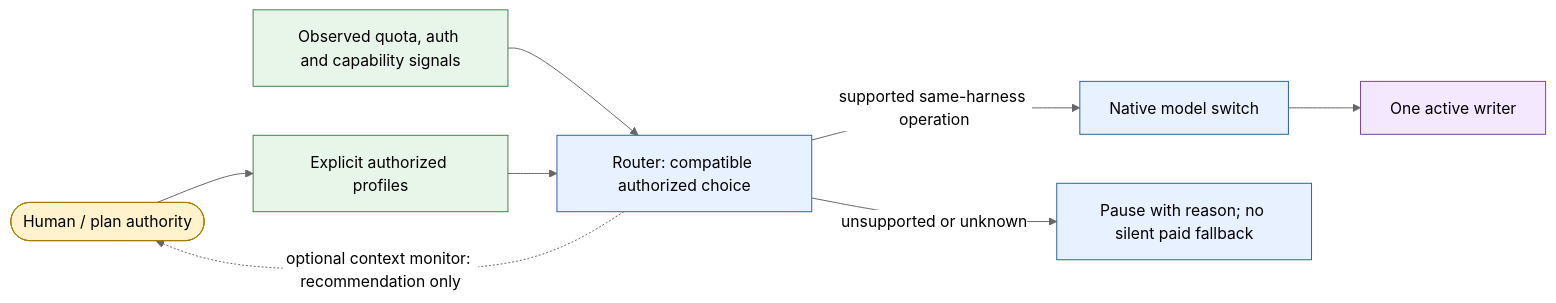
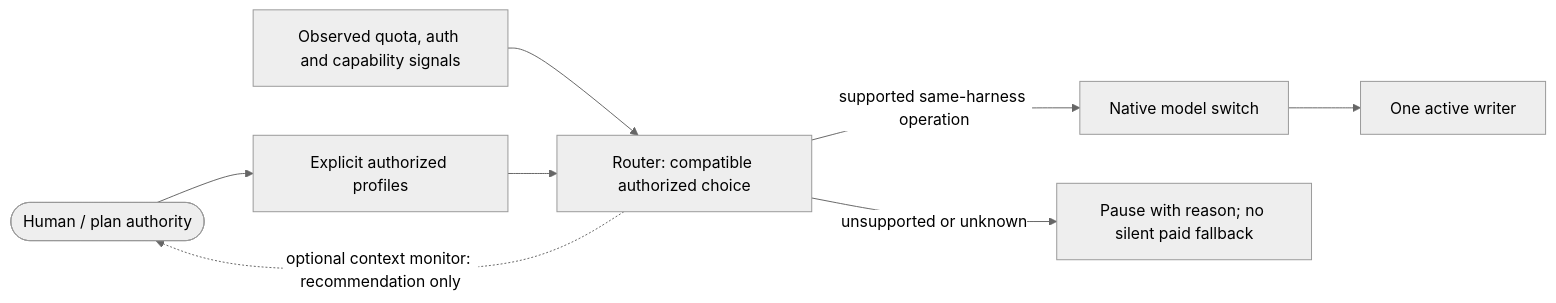
Before and after one commit to Jero110/pi-house: the fourth of 5 diagrams in docs/architecture.md, drawn with Mermaid (neutral theme). The commit also changed other lines of this file and 2 other files, not shown here.

First line of the commit message:
fix: run CI on the Node that books-rag needs, and draw diagrams without colors

````diff
--- a/docs/architecture.md
+++ b/docs/architecture.md
@@ -73,13 +61,9 @@
 ```mermaid
 flowchart LR
-  classDef code fill:#e8f1ff,stroke:#2864a0
-  classDef llm fill:#f3e8ff,stroke:#7541a6
-  classDef store fill:#e8f5e9,stroke:#398447
-  classDef human fill:#fff2cc,stroke:#a47b00
-  H([Human / plan authority]):::human --> P[Explicit authorized profiles]:::store
-  U[Observed quota, auth and capability signals]:::store --> R[Router: compatible authorized choice]:::code
+  H([Human / plan authority]) --> P[Explicit authorized profiles]
+  U[Observed quota, auth and capability signals] --> R[Router: compatible authorized choice]
   P --> R
-  R -->|supported same-harness operation| S[Native model switch]:::code --> W[One active writer]:::llm
-  R -->|unsupported or unknown| X[Pause with reason; no silent paid fallback]:::code
+  R -->|supported same-harness operation| S[Native model switch] --> W[One active writer]
+  R -->|unsupported or unknown| X[Pause with reason; no silent paid fallback]
   R -. optional context monitor: recommendation only .-> H
 ```
````
